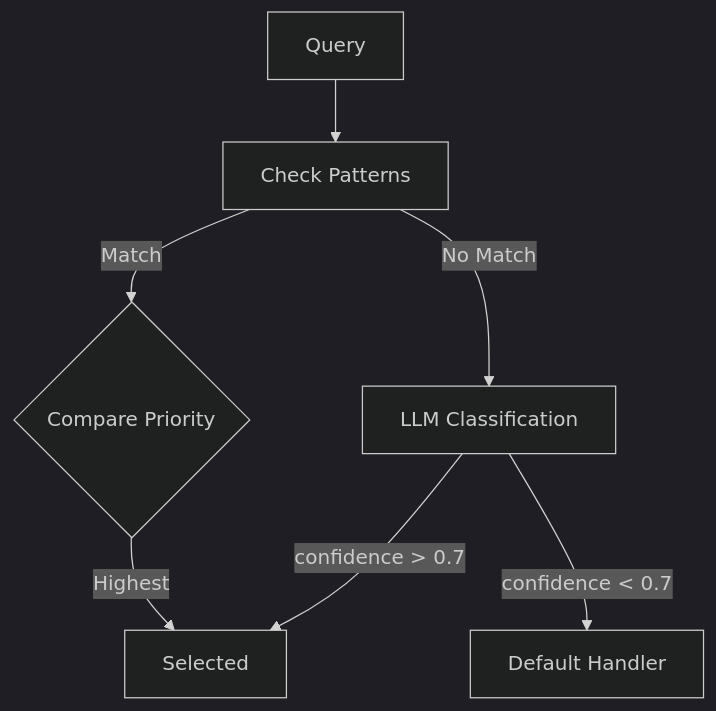
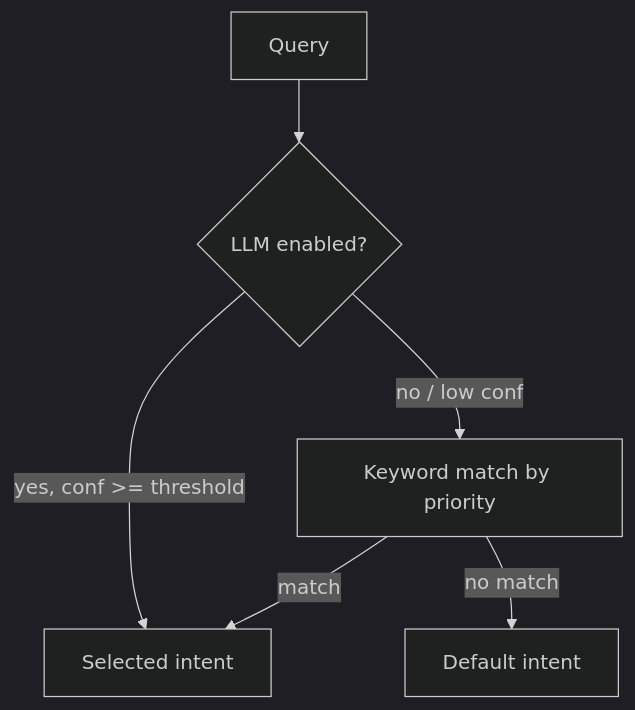
One commit to baselithcore/plugin-baselithbot changed the second of 2 diagrams in mkdocs-site/docs/core-modules/orchestration.md. Above: the diagram before and after it, drawn with Mermaid (dark theme). The commit also changed other lines of this file and 68 other files, not shown here.

````diff
--- a/mkdocs-site/docs/core-modules/orchestration.md
+++ b/mkdocs-site/docs/core-modules/orchestration.md
@@ -169,9 +168,8 @@
 ```mermaid
 flowchart TD
-    Query --> Patterns[Check Patterns]
-    Patterns --> |Match| Priority{Compare Priority}
-    Patterns --> |No Match| LLM[LLM Classification]
-    Priority --> |Highest| Handler[Selected]
-    LLM --> |confidence > 0.7| Handler
-    LLM --> |confidence < 0.7| Default[Default Handler]
+    Query --> LLM{LLM enabled?}
+    LLM --> |yes, conf >= threshold| Handler[Selected intent]
+    LLM --> |no / low conf| Keywords[Keyword match by priority]
+    Keywords --> |match| Handler
+    Keywords --> |no match| Default[Default intent]
 ```
````
